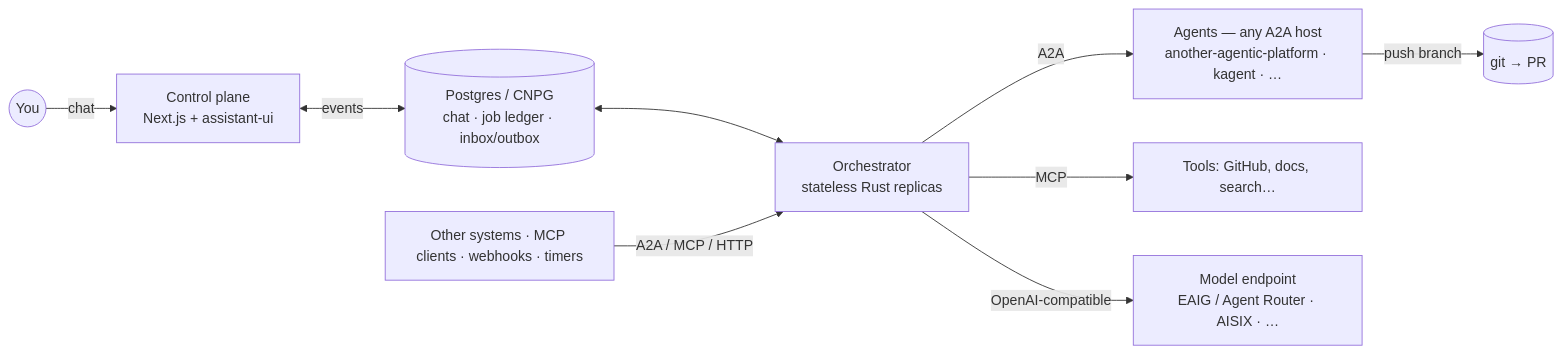
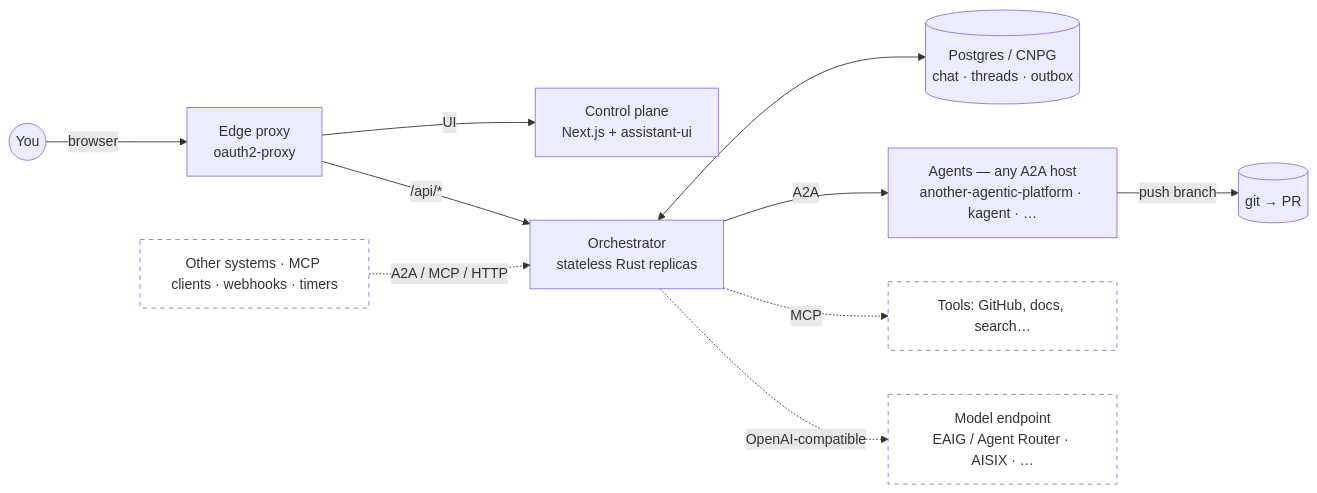
The diagram in README.md (vymalo/another-agentic-system), drawn with Mermaid before and after one commit. The commit also changed other lines of this file and 2 other files, not shown here.

Commit message:
docs: as-built architecture and crate map with Mermaid diagrams
Describe what the code does today and mark what is still planned.

- orchestrator.md: the real crate layout with a Mermaid dependency graph
  (core, ports, adapters, app, edge, surfaces, AG-UI, binary, test
  support), Cargo features, the outbox lifecycle with the real statuses,
  a transition table, the built core types, the real data model (threads,
  events, a2a_bindings, outbox) as an ER diagram, and how LISTEN/NOTIFY
  and the SSE streams really work (the orchestrator serves them, not the
  web).
- architecture.md: an "As built" part with a component flowchart, a
  sequence diagram of one chat turn, the ThreadState state diagram and a
  planned-versus-built AG-UI flowchart; the target-design diagrams are
  labelled and no longer show the web reading Postgres.
- README: the one-picture diagram no longer connects the web to Postgres,
  and the document table points at the new parts.

Claude-Session: https://claude.ai/code/session_01LvSwLecV9s4iZdbQ9HeBEJ

````diff
--- a/README.md
+++ b/README.md
@@ -20,11 +21,13 @@
 ```mermaid
 flowchart LR
-  you((You)) -- chat --> cp[Control plane<br/>Next.js + assistant-ui]
-  cp <-- events --> db[(Postgres / CNPG<br/>chat · job ledger · inbox/outbox)]
-  db <--> orch[Orchestrator<br/>stateless Rust replicas]
-  ext[Other systems · MCP clients · webhooks · timers] -- A2A / MCP / HTTP --> orch
+  you((You)) -- browser --> edge[Edge proxy<br/>oauth2-proxy]
+  edge -- UI --> cp[Control plane<br/>Next.js + assistant-ui]
+  edge -- "/api/*" --> orch[Orchestrator<br/>stateless Rust replicas]
+  orch <--> db[(Postgres / CNPG<br/>chat · threads · outbox)]
   orch -- A2A --> agents[Agents — any A2A host<br/>another-agentic-platform · kagent · …]
-  orch -- MCP --> tools[Tools: GitHub, docs, search…]
-  orch -- OpenAI-compatible --> gw[Model endpoint<br/>EAIG / Agent Router · AISIX · …]
   agents -- push branch --> git[(git → PR)]
+  ext[Other systems · MCP clients · webhooks · timers]:::planned -. A2A / MCP / HTTP .-> orch
+  orch -. MCP .-> tools[Tools: GitHub, docs, search…]:::planned
+  orch -. OpenAI-compatible .-> gw[Model endpoint<br/>EAIG / Agent Router · AISIX · …]:::planned
+  classDef planned stroke-dasharray: 5 5,fill:none
 ```
````
